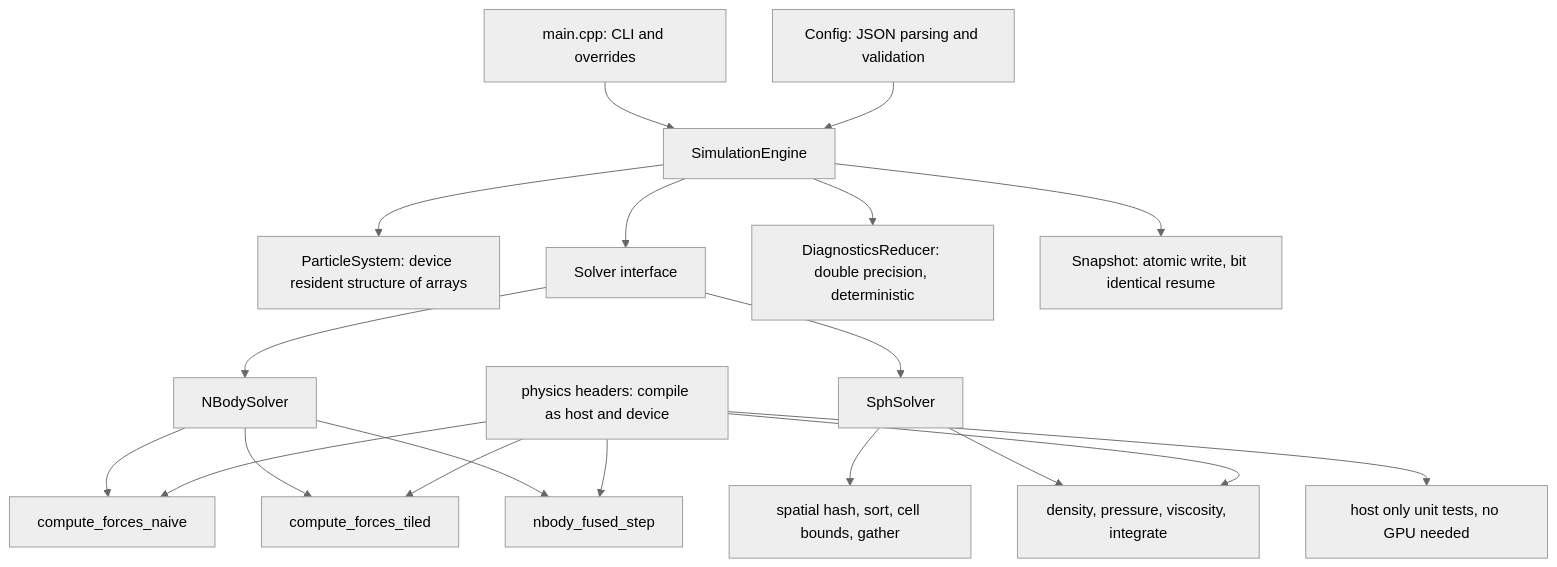
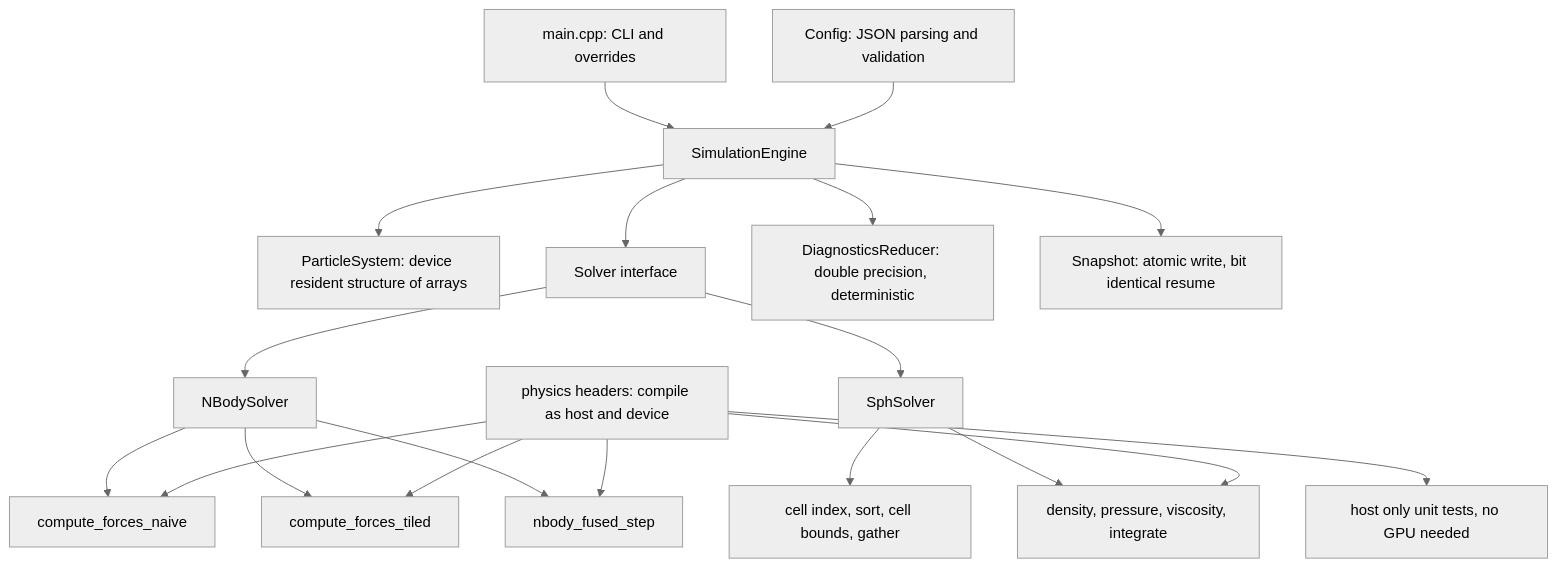
The diagram in README.md (Olajide-Badejo/Particle-Physics-Simulation), drawn with Mermaid (neutral theme) before and after one commit. The commit also changed other lines of this file and 35 other files, not shown here.

````diff
--- a/README.md
+++ b/README.md
@@ -264,21 +265,21 @@
 ```mermaid
 flowchart TD
     CLI[main.cpp: CLI and overrides] --> ENGINE[SimulationEngine]
     CONFIG[Config: JSON parsing and validation] --> ENGINE
     ENGINE --> PS[ParticleSystem: device resident structure of arrays]
     ENGINE --> SOLVER[Solver interface]
     SOLVER --> NB[NBodySolver]
     SOLVER --> SPH[SphSolver]
     ENGINE --> DIAG[DiagnosticsReducer: double precision, deterministic]
     ENGINE --> SNAP[Snapshot: atomic write, bit identical resume]
     NB --> KNAIVE[compute_forces_naive]
     NB --> KTILED[compute_forces_tiled]
     NB --> KFUSED[nbody_fused_step]
-    SPH --> KHASH[spatial hash, sort, cell bounds, gather]
+    SPH --> KGRID[cell index, sort, cell bounds, gather]
     SPH --> KSPH[density, pressure, viscosity, integrate]
     PHYS[physics headers: compile as host and device] --> KNAIVE
     PHYS --> KTILED
     PHYS --> KFUSED
     PHYS --> KSPH
     PHYS --> HOSTTESTS[host only unit tests, no GPU needed]
 ```
````
